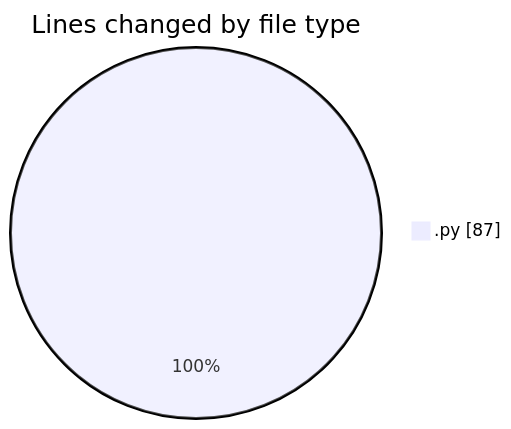
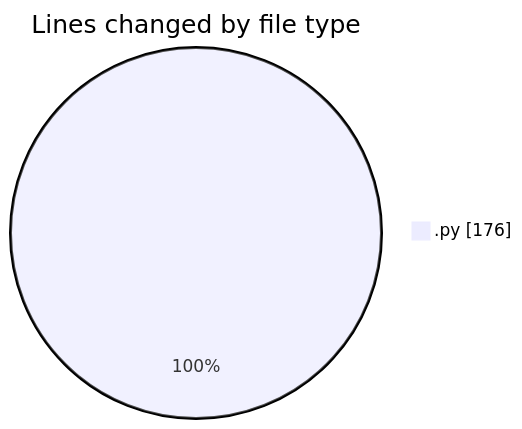
The first of 2 diagrams in 2025-02-13/samplepdf/README.md (momahboobian/code-tracking), drawn with Mermaid before and after one commit. The commit also changed other lines of this file and 1 other file, not shown here.

````diff
--- a/2025-02-13/samplepdf/README.md
+++ b/2025-02-13/samplepdf/README.md
@@ -20,5 +22,5 @@
 ```mermaid
 pie showData
 title Lines changed by file type
-".py" : 87
+".py" : 176
 ```
````
